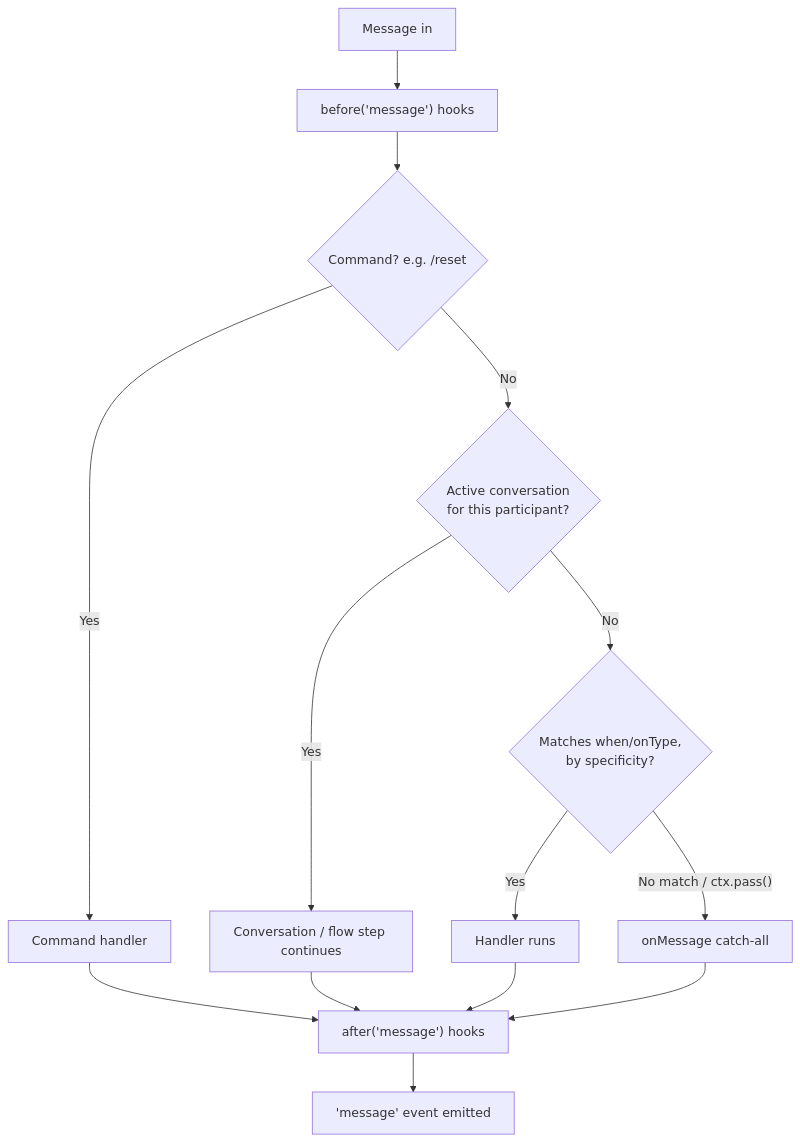
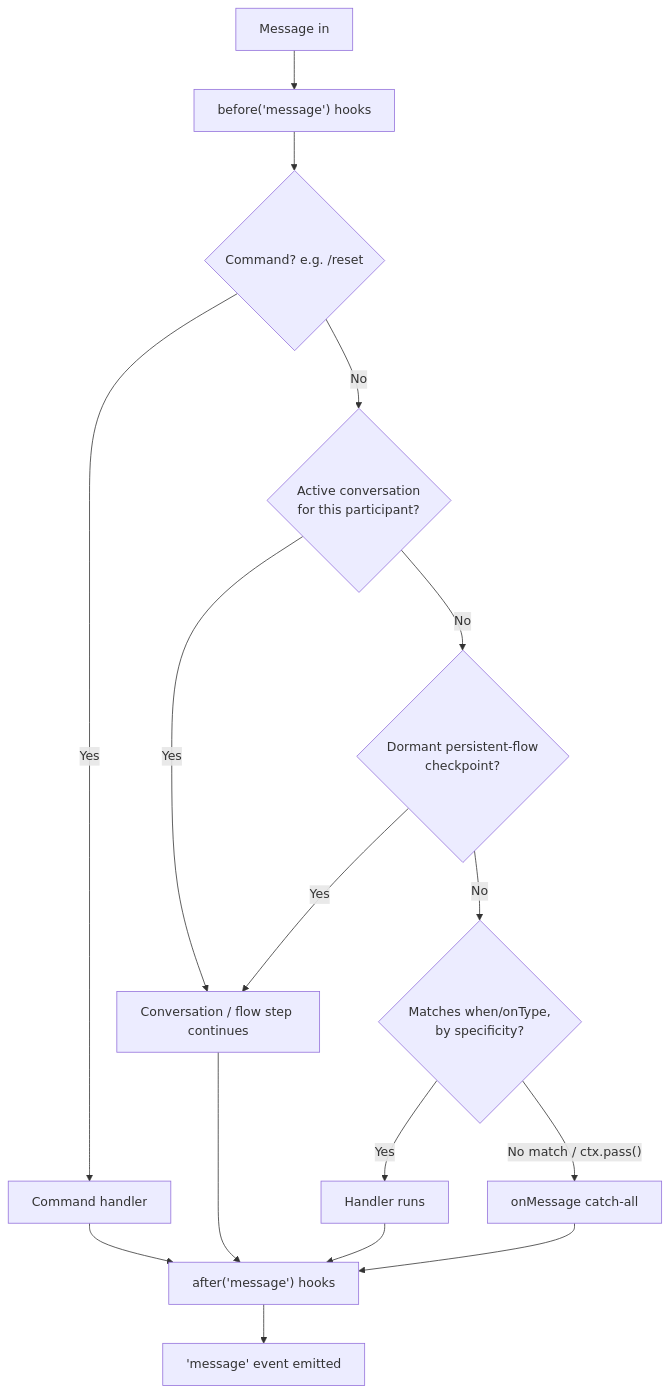
Before and after one commit to andresayac/bot-wa-baileys: the diagram in docs/guide/concepts.md, drawn with Mermaid. The commit also changed other lines of this file and 42 other files, not shown here.

````diff
--- a/docs/guide/concepts.md
+++ b/docs/guide/concepts.md
@@ -11,16 +11,18 @@
 ```mermaid
 flowchart TD
     A[Message in] --> B["before('message') hooks"]
     B --> C{"Command? e.g. /reset"}
     C -->|Yes| D[Command handler]
     C -->|No| E{Active conversation<br/>for this participant?}
     E -->|Yes| F[Conversation / flow step continues]
-    E -->|No| G{Matches when/onType,<br/>by specificity?}
+    E -->|No| R{Dormant persistent-flow<br/>checkpoint?}
+    R -->|Yes| F
+    R -->|No| G{Matches when/onType,<br/>by specificity?}
     G -->|Yes| H[Handler runs]
     G -->|"No match / ctx.pass()"| I[onMessage catch-all]
     D --> J["after('message') hooks"]
     F --> J
     H --> J
     I --> J
     J --> K["'message' event emitted"]
 ```
````
